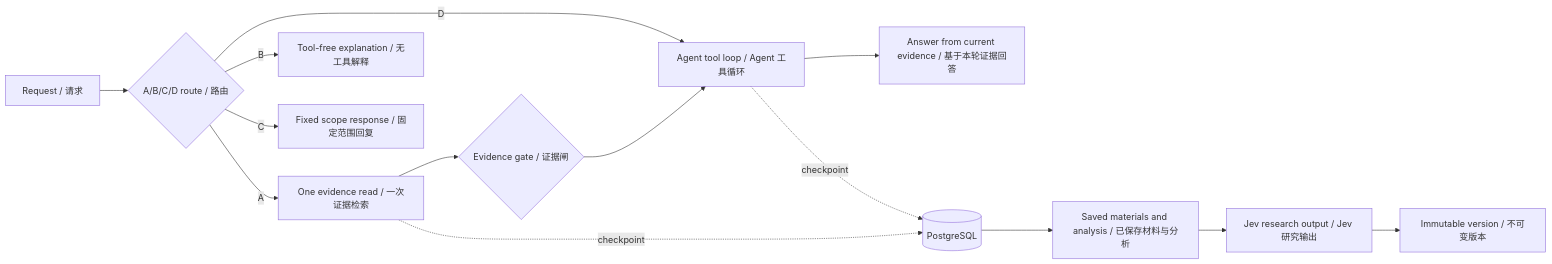
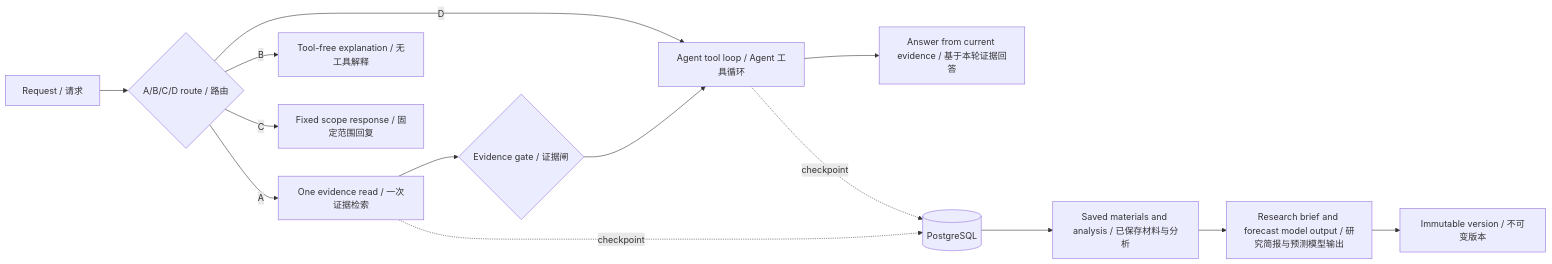
The diagram in README.md (wp1461772181-glitch/FinBot), drawn with Mermaid before and after one commit. The commit also changed other lines of this file and 34 other files, not shown here.

Commit message:
feat(forecast): B5 Jev 拆除二期——删校准器与学习接口、文档退役标注、Jev 出现点白名单测试

````diff
--- a/README.md
+++ b/README.md
@@ -48,16 +48,16 @@
 ```mermaid
 flowchart LR
     U[Request / 请求] --> R{A/B/C/D route / 路由}
     R -->|A| T[One evidence read / 一次证据检索]
     T --> G{Evidence gate / 证据闸}
     G --> D[Agent tool loop / Agent 工具循环]
     R -->|B| B[Tool-free explanation / 无工具解释]
     R -->|C| C[Fixed scope response / 固定范围回复]
     R -->|D| D
     D --> F[Answer from current evidence / 基于本轮证据回答]
     T -. checkpoint .-> DB[(PostgreSQL)]
     D -. checkpoint .-> DB
     DB --> M[Saved materials and analysis / 已保存材料与分析]
-    M --> J[Jev research output / Jev 研究输出]
+    M --> J[Research brief and forecast model output / 研究简报与预测模型输出]
     J --> V[Immutable version / 不可变版本]
 ```
````
